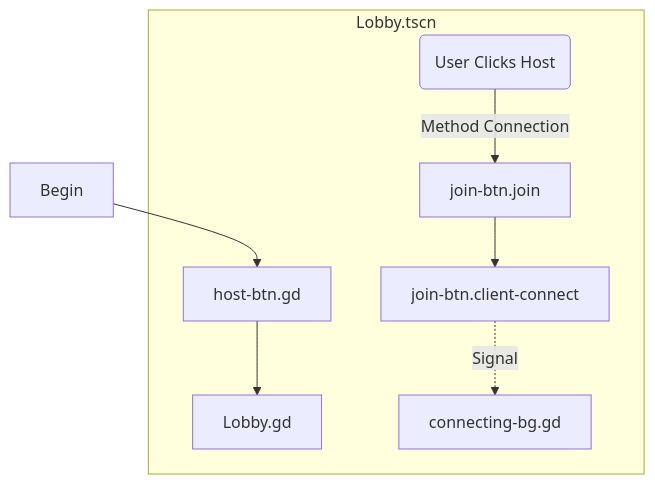
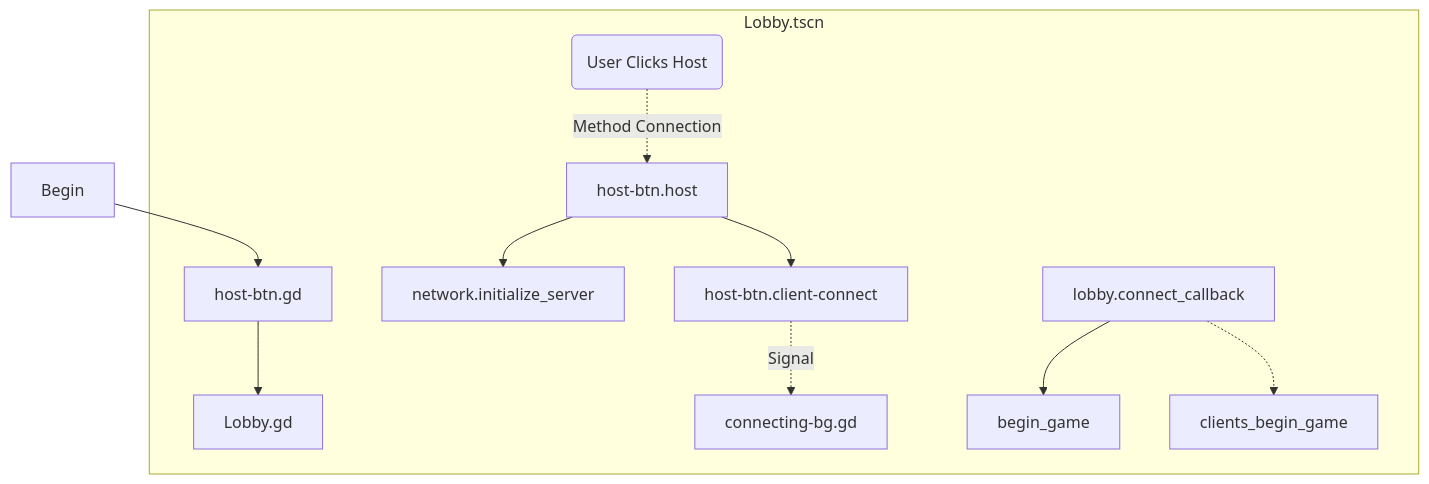
The second of 2 diagrams in readme.md (EECE3093C/team-project-wiitanks-networking-demo), drawn with Mermaid before and after one commit.

Commit message:
continuing documentation push

````diff
--- a/readme.md
+++ b/readme.md
@@ -22,15 +22,17 @@
 ```mermaid
 flowchart TD
     Begin --> host-btn.gd
+
     subgraph Lobby.tscn
     host-btn.gd --> Lobby.gd
-    id1(User Clicks Host) -->|Method Connection| join-btn.join
-    join-btn.join --> join-btn.client-connect 
-    join-btn.client-connect -.->|Signal| connecting-bg.gd
+    id1(User Clicks Host) -.->|Method Connection| host-btn.host
+    host-btn.host --> network.initialize_server
+    host-btn.host --> host-btn.client-connect 
+    host-btn.client-connect -.->|Signal| connecting-bg.gd
 
+    lobby.connect_callback --> begin_game
+    lobby.connect_callback -.-> clients_begin_game
 
     end
 
-
-
 ```
````
